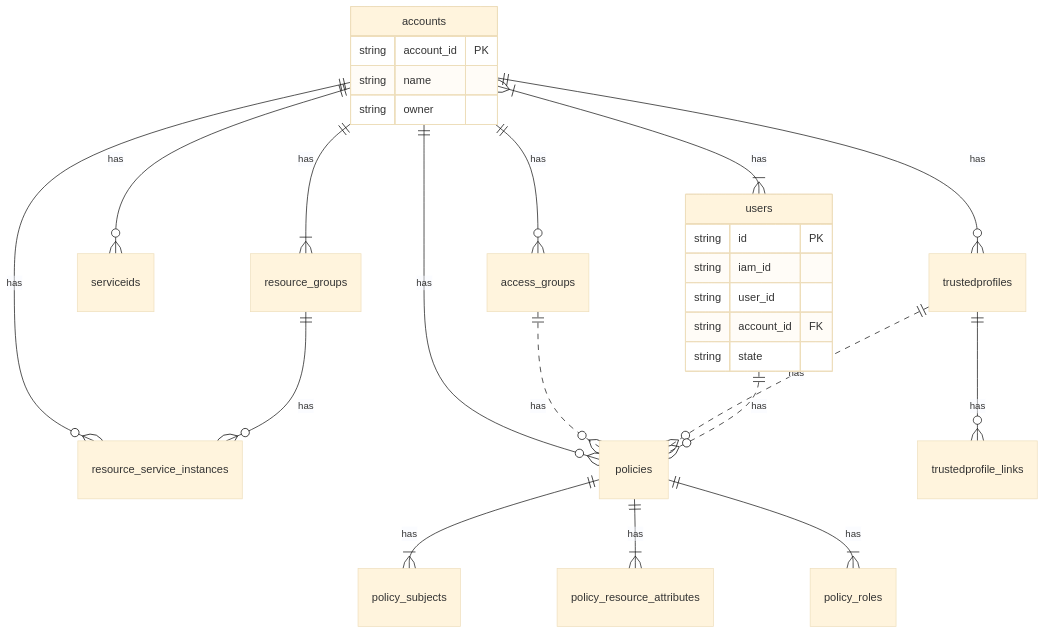
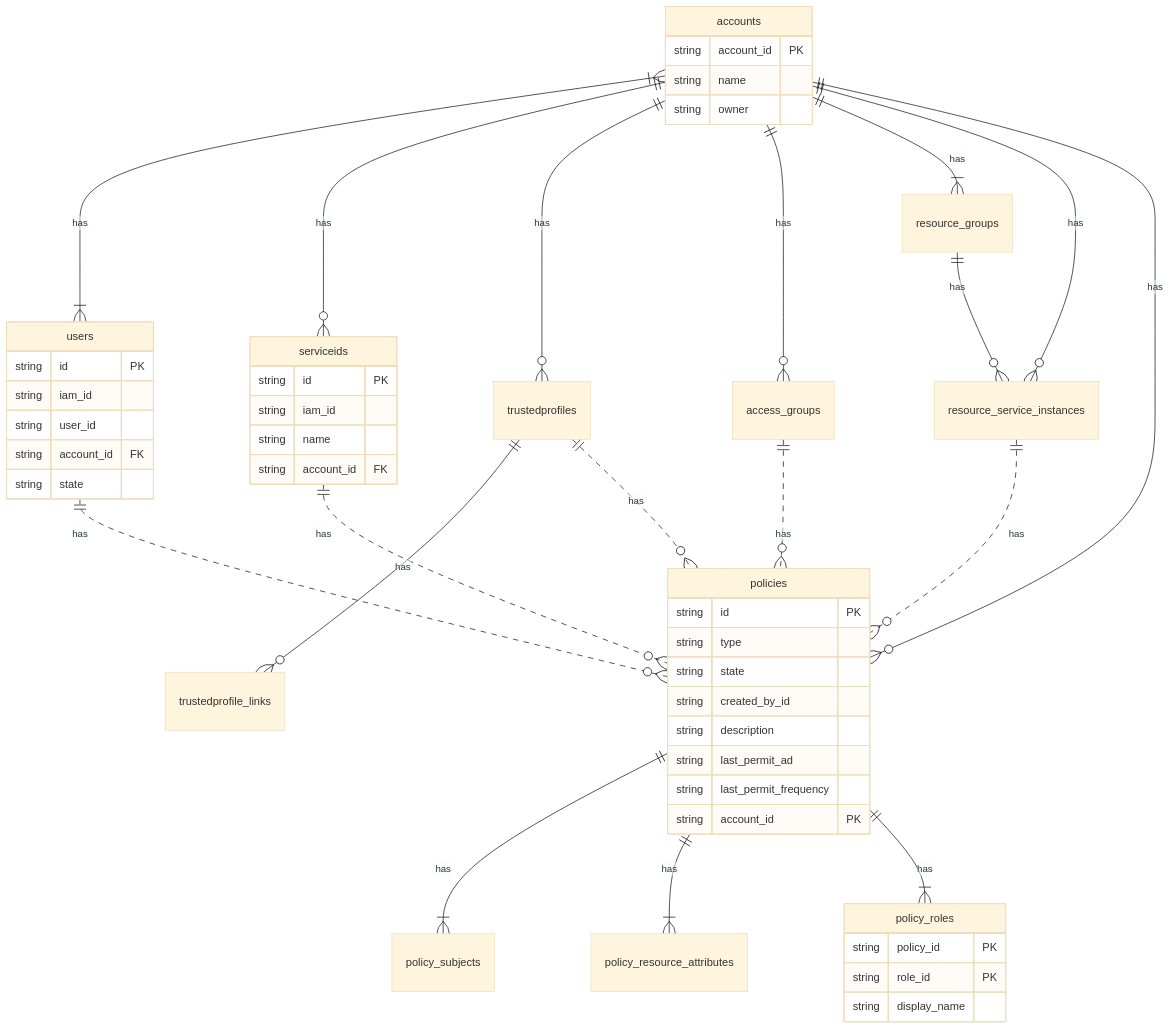
Before and after one commit to data-henrik/ibmcloud-access-management-analytics: the diagram in README.md, drawn with Mermaid (base theme).

Commit message:
simplifications

````diff
--- a/README.md
+++ b/README.md
@@ -27,32 +27,58 @@
 ```mermaid
 erDiagram
     accounts }|--|{ users : has
     accounts ||--o{ serviceids : has
     accounts ||--o{ trustedprofiles : has
     accounts ||--o{ access_groups : has
     accounts ||--|{ resource_groups : has
     accounts ||--o{ resource_service_instances : has
     accounts ||--o{ policies : has
     access_groups ||..o{ policies : has
     resource_groups ||--o{ resource_service_instances : has
     trustedprofiles ||--o{ trustedprofile_links : has
     trustedprofiles ||..o{ policies : has
     users ||..o{ policies : has
+    serviceids ||..o{ policies : has
+    resource_service_instances ||..o{ policies : has
     policies ||--|{ policy_subjects : has
     policies ||--|{ policy_resource_attributes : has
     policies ||--|{ policy_roles : has
 
     accounts {
         string account_id PK
         string name
         string owner
     }
 
     users {
         string id PK
         string iam_id
         string user_id
         string account_id FK
         string state
     }
+
+    serviceids {
+        string id PK
+        string iam_id
+        string name
+        string account_id FK
+    }
+
+    policies {
+        string id PK
+        string type
+        string state
+        string created_by_id
+        string description
+        string last_permit_ad
+        string last_permit_frequency
+        string account_id PK
+    }
+
+    policy_roles {
+        string policy_id PK
+        string role_id PK
+        string display_name
+    }
 ```
````
